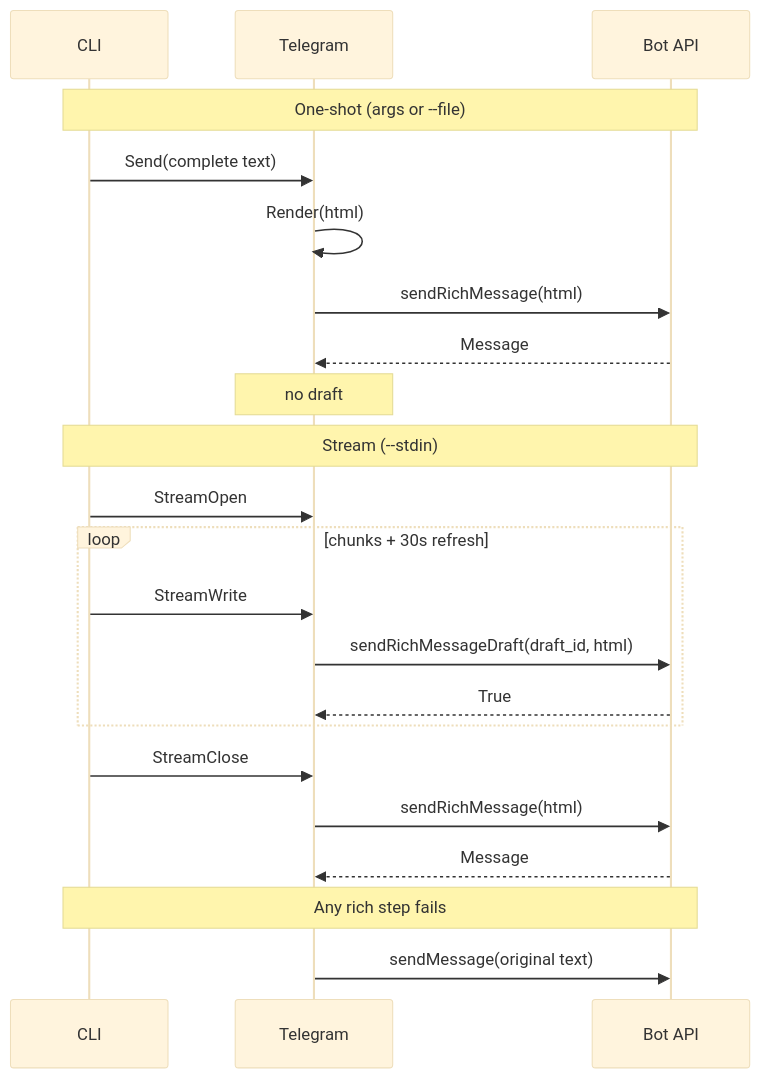
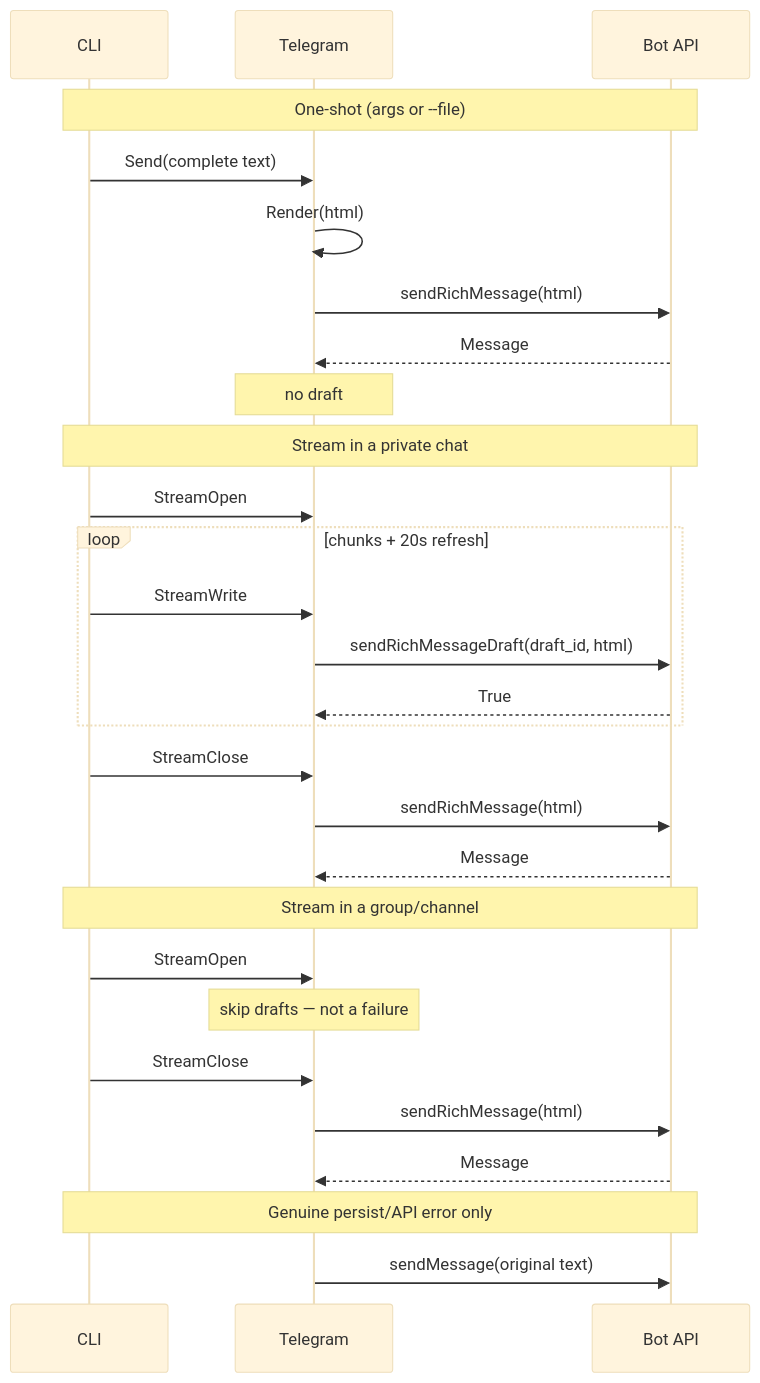
Before and after one commit to hegelstad/h2: the second of 3 diagrams in docs/design-rich-draft-send.md, drawn with Mermaid (base theme). The commit also changed other lines of this file, not shown here.

First line of the commit message:
docs: pin draft/persist asymmetry, skip_entity_detection, typed returns

````diff
--- a/docs/design-rich-draft-send.md
+++ b/docs/design-rich-draft-send.md
@@ -34,27 +35,34 @@
 ```mermaid
 sequenceDiagram
   participant CLI
   participant TG as Telegram
   participant API as Bot API
 
   Note over CLI,API: One-shot (args or --file)
   CLI->>TG: Send(complete text)
   TG->>TG: Render(html)
   TG->>API: sendRichMessage(html)
   API-->>TG: Message
   Note over TG: no draft
 
-  Note over CLI,API: Stream (--stdin)
+  Note over CLI,API: Stream in a private chat
   CLI->>TG: StreamOpen
-  loop chunks + 30s refresh
+  loop chunks + 20s refresh
     CLI->>TG: StreamWrite
     TG->>API: sendRichMessageDraft(draft_id, html)
     API-->>TG: True
   end
   CLI->>TG: StreamClose
   TG->>API: sendRichMessage(html)
   API-->>TG: Message
 
-  Note over CLI,API: Any rich step fails
+  Note over CLI,API: Stream in a group/channel
+  CLI->>TG: StreamOpen
+  Note over TG: skip drafts — not a failure
+  CLI->>TG: StreamClose
+  TG->>API: sendRichMessage(html)
+  API-->>TG: Message
+
+  Note over CLI,API: Genuine persist/API error only
   TG->>API: sendMessage(original text)
 ```
````
